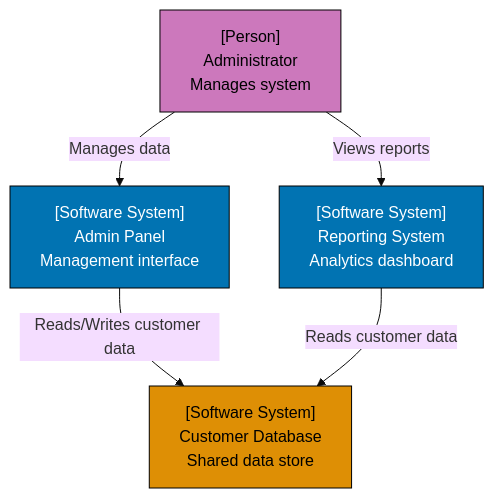
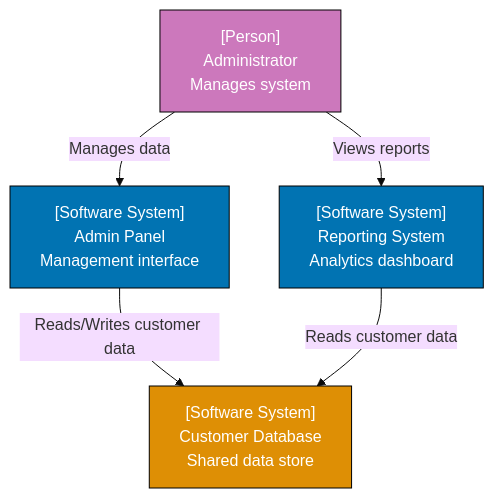
Before and after one commit to wahidyankf/open-sharia-enterprise: the sixth of 30 diagrams in apps/ayokoding-web/content/en/learn/software-engineering/architecture/c4-architecture-model/by-example/beginner.md, drawn with Mermaid (base theme). The commit also changed other lines of this file and 61 other files, not shown here.

First line of the commit message:
fix(ayokoding-web): quote Mermaid node labels with special characters in Example 63

````diff
--- a/apps/ayokoding-web/content/en/learn/software-engineering/architecture/c4-architecture-model/by-example/beginner.md
+++ b/apps/ayokoding-web/content/en/learn/software-engineering/architecture/c4-architecture-model/by-example/beginner.md
@@ -187,20 +187,20 @@
 ```mermaid
 graph TD
     Admin["[Person]<br/>Administrator<br/>Manages system"]
 
     AdminPanel["[Software System]<br/>Admin Panel<br/>Management interface"]
     ReportingSystem["[Software System]<br/>Reporting System<br/>Analytics dashboard"]
 
     SharedDB["[Software System]<br/>Customer Database<br/>Shared data store"]
 
     Admin -->|"Manages data"| AdminPanel
     Admin -->|"Views reports"| ReportingSystem
 
     AdminPanel -->|"Reads/Writes customer data"| SharedDB
     ReportingSystem -->|"Reads customer data"| SharedDB
 
-    style Admin fill:#CC78BC,stroke:#000,color:#000
+    style Admin fill:#CC78BC,stroke:#000,color:#fff
     style AdminPanel fill:#0173B2,stroke:#000,color:#fff
     style ReportingSystem fill:#0173B2,stroke:#000,color:#fff
-    style SharedDB fill:#DE8F05,stroke:#000,color:#000
+    style SharedDB fill:#DE8F05,stroke:#000,color:#fff
 ```
````
